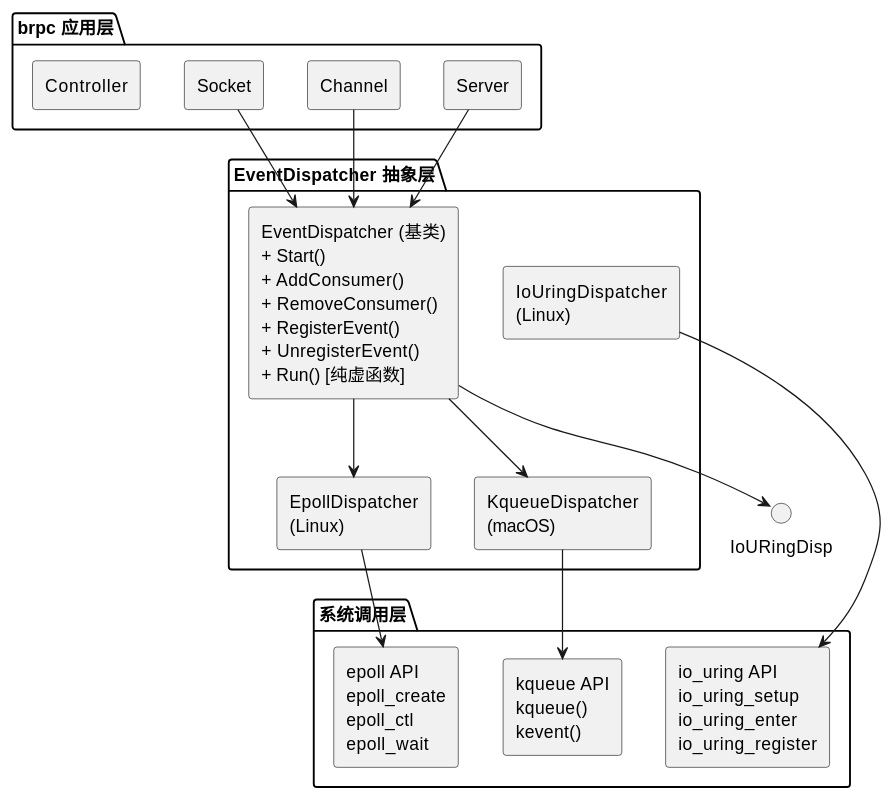
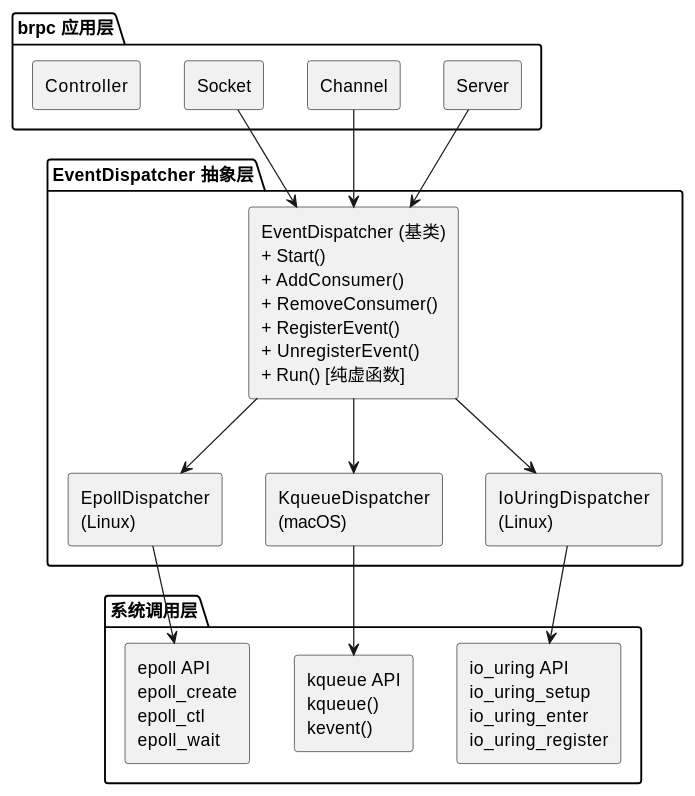
One commit to AlbertZhangF/brpc changed the sixth of 10 diagrams in docs/io_uring_design.md. Above: the diagram before and after it, drawn with PlantUML.

Commit message:
docs: 修正类名拼写错误

````diff
--- a/docs/io_uring_design.md
+++ b/docs/io_uring_design.md
@@ -260,39 +260,39 @@
 ```plantuml
 @startuml
 skinparam componentStyle rectangle
 
 package "brpc 应用层" {
     [Server] as Server
     [Channel] as Channel
     [Socket] as Socket
     [Controller] as Controller
 }
 
 package "EventDispatcher 抽象层" {
     component "EventDispatcher (基类)\n+ Start()\n+ AddConsumer()\n+ RemoveConsumer()\n+ RegisterEvent()\n+ UnregisterEvent()\n+ Run() [纯虚函数]" as BaseDispatcher
     
     component "EpollDispatcher\n(Linux)" as EpollDisp
     component "KqueueDispatcher\n(macOS)" as KqueueDisp
     component "IoUringDispatcher\n(Linux)" as IoUringDisp
 }
 
 package "系统调用层" {
     component "epoll API\nepoll_create\nepoll_ctl\nepoll_wait" as EpollAPI
     component "kqueue API\nkqueue()\nkevent()" as KqueueAPI
     component "io_uring API\nio_uring_setup\nio_uring_enter\nio_uring_register" as IoUringAPI
 }
 
 Server -down-> BaseDispatcher
 Channel -down-> BaseDispatcher
 Socket -down-> BaseDispatcher
 
 BaseDispatcher -down-> EpollDisp
 BaseDispatcher -down-> KqueueDisp
-BaseDispatcher -down-> IoURingDisp
+BaseDispatcher -down-> IoUringDisp
 
 EpollDisp -down-> EpollAPI
 KqueueDisp -down-> KqueueAPI
 IoUringDisp -down-> IoUringAPI
 
 @enduml
 ```
````
